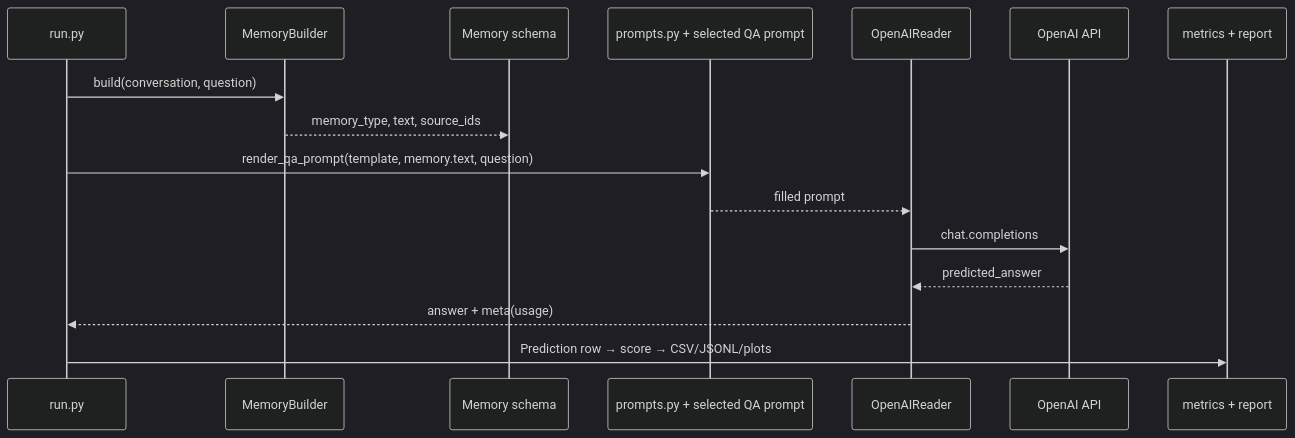
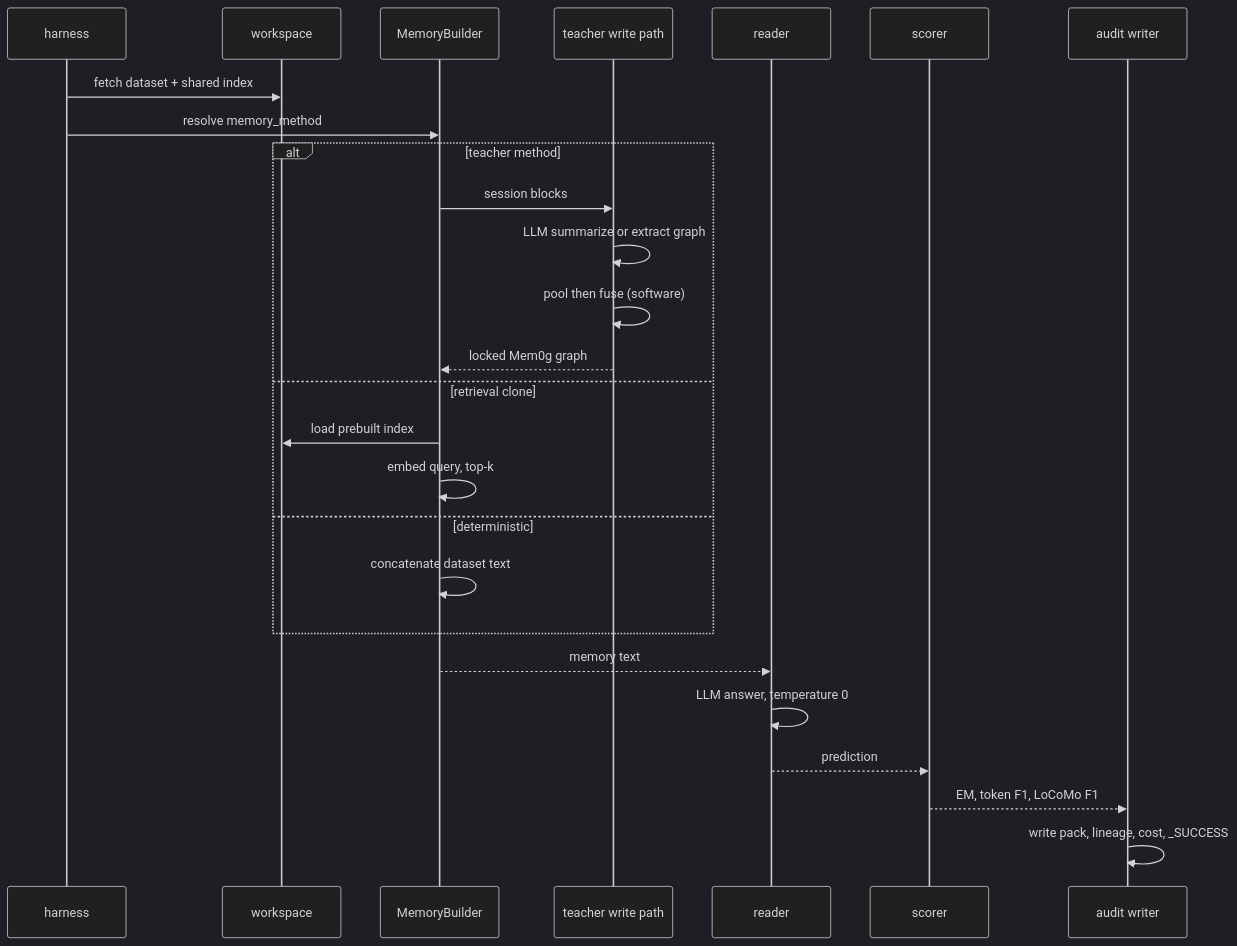
Before and after one commit to park-jsdev/long-term-memory-eval: the eighth of 12 diagrams in README.md, drawn with Mermaid (dark theme). The commit also changed other lines of this file and 127 other files, not shown here.

Commit message:
documentation, experimentation architecture, model family comparison configs, analysis

````diff
--- a/README.md
+++ b/README.md
@@ -169,19 +382,29 @@
 ```mermaid
 sequenceDiagram
-  participant Run as run.py
+  participant H as harness
+  participant WS as workspace
   participant MB as MemoryBuilder
-  participant Mem as Memory schema
-  participant Pr as prompts.py + selected QA prompt
-  participant Rd as OpenAIReader
-  participant API as OpenAI API
-  participant Sc as metrics + report
+  participant TW as teacher write path
+  participant RD as reader
+  participant SC as scorer
+  participant AW as audit writer
 
-  Run->>MB: build(conversation, question)
-  MB-->>Mem: memory_type, text, source_ids
-  Run->>Pr: render_qa_prompt(template, memory.text, question)
-  Pr-->>Rd: filled prompt
-  Rd->>API: chat.completions
-  API-->>Rd: predicted_answer
-  Rd-->>Run: answer + meta(usage)
-  Run->>Sc: Prediction row → score → CSV/JSONL/plots
+  H->>WS: fetch dataset + shared index
+  H->>MB: resolve memory_method
+  alt teacher method
+    MB->>TW: session blocks
+    TW->>TW: LLM summarize or extract graph
+    TW->>TW: pool then fuse (software)
+    TW-->>MB: locked Mem0g graph
+  else retrieval clone
+    MB->>WS: load prebuilt index
+    MB->>MB: embed query, top-k
+  else deterministic
+    MB->>MB: concatenate dataset text
+  end
+  MB-->>RD: memory text
+  RD->>RD: LLM answer, temperature 0
+  RD-->>SC: prediction
+  SC-->>AW: EM, token F1, LoCoMo F1
+  AW->>AW: write pack, lineage, cost, _SUCCESS
 ```
````
